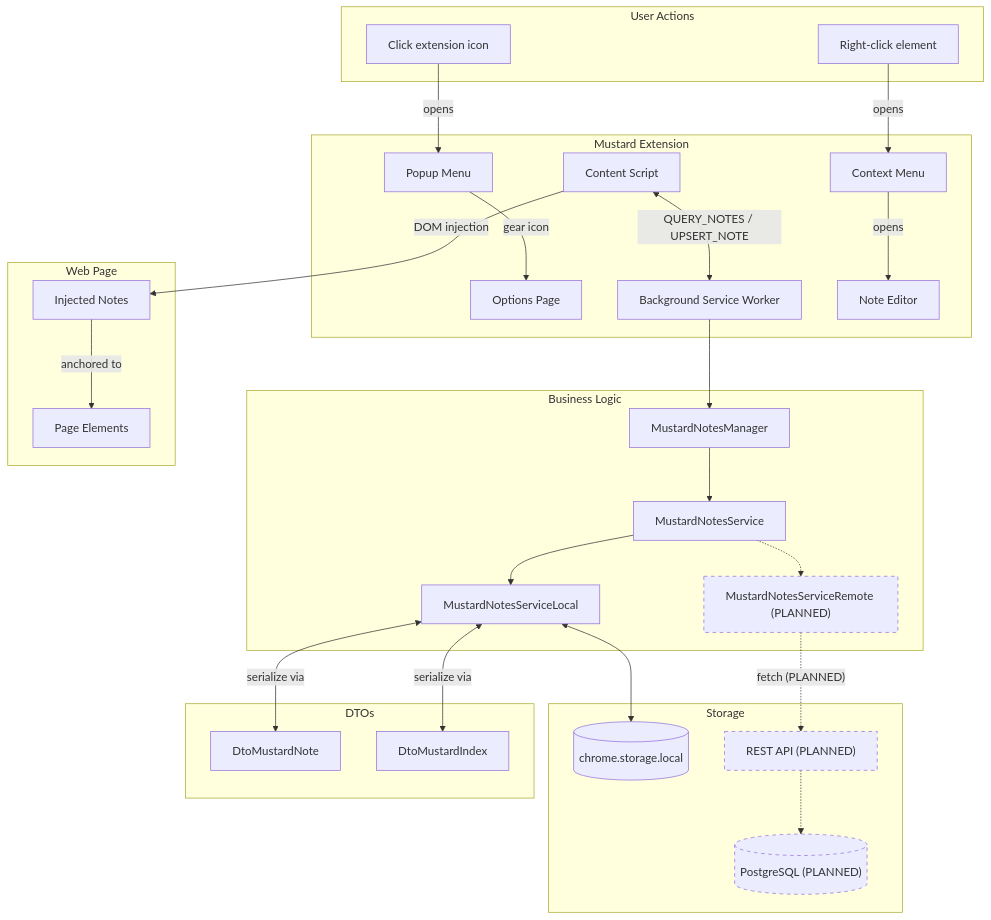
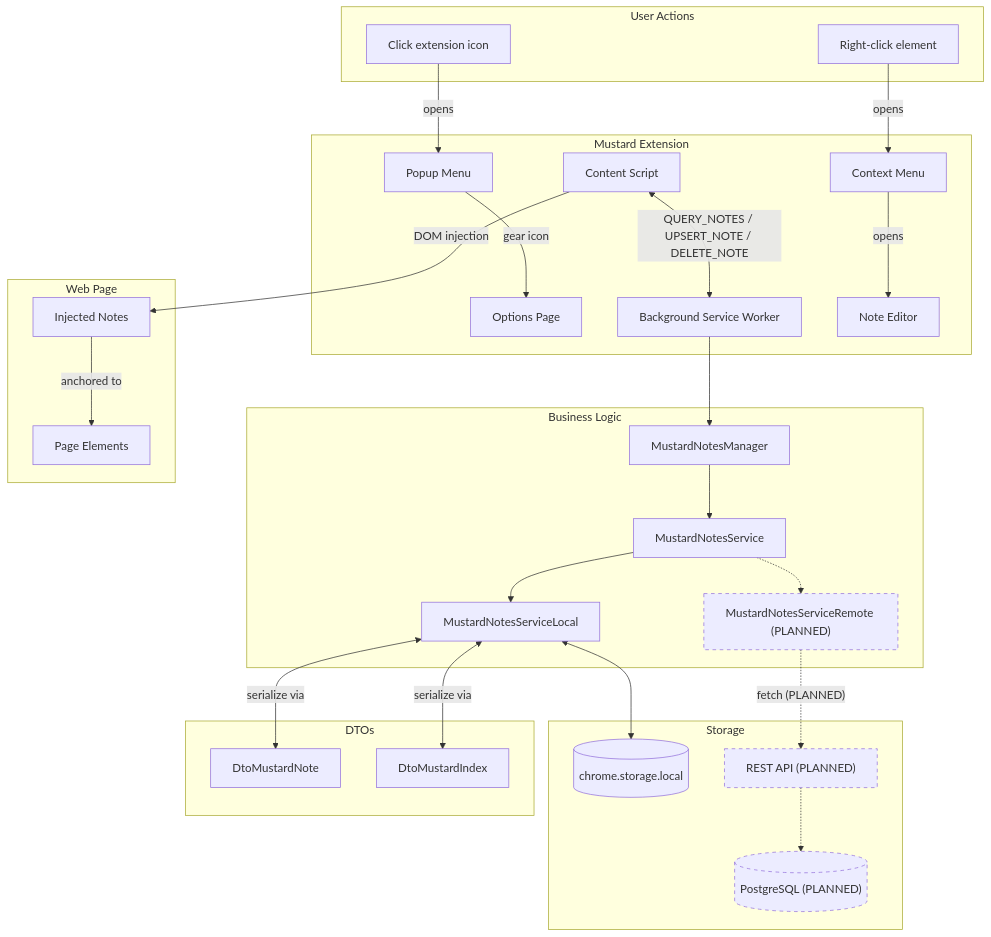
The diagram in PROGRESS.md (fettstorch/mustard), drawn with Mermaid before and after one commit. The commit also changed other lines of this file and 6 other files, not shown here.

First line of the commit message:
feat: delete notes with re-query pattern and clean DTO boundaries

````diff
--- a/PROGRESS.md
+++ b/PROGRESS.md
@@ -7,64 +7,64 @@
 ```mermaid
 flowchart TB
     subgraph User["User Actions"]
         Click["Click extension icon"]
         RightClick["Right-click element"]
     end
 
     subgraph Extension["Mustard Extension"]
         Popup["Popup Menu"]
         Options["Options Page"]
         BG["Background Service Worker"]
         CS["Content Script"]
         CtxMenu["Context Menu"]
         NoteEditor["Note Editor"]
     end
 
     subgraph Business["Business Logic"]
         Manager["MustardNotesManager"]
         ServiceInterface["MustardNotesService"]
         LocalService["MustardNotesServiceLocal"]
         RemoteService["MustardNotesServiceRemote (PLANNED)"]
     end
 
     subgraph Storage["Storage"]
         ChromeStorage[("chrome.storage.local")]
         API["REST API (PLANNED)"]
         DB[("PostgreSQL (PLANNED)")]
     end
 
     subgraph DTOs["DTOs"]
         DtoNote["DtoMustardNote"]
         DtoIndex["DtoMustardIndex"]
     end
 
     subgraph Page["Web Page"]
         Elements["Page Elements"]
         Notes["Injected Notes"]
     end
 
     Click -->|"opens"| Popup
     Popup -->|"gear icon"| Options
     RightClick -->|"opens"| CtxMenu
     CtxMenu -->|"opens"| NoteEditor
 
-    CS <-->|"QUERY_NOTES / UPSERT_NOTE"| BG
+    CS <-->|"QUERY_NOTES / UPSERT_NOTE / DELETE_NOTE"| BG
     BG --> Manager
     Manager --> ServiceInterface
     ServiceInterface --> LocalService
     ServiceInterface -.-> RemoteService
 
     LocalService <-->|"serialize via"| DtoNote
     LocalService <-->|"serialize via"| DtoIndex
     LocalService <--> ChromeStorage
 
     RemoteService -.->|"fetch (PLANNED)"| API
     API -.-> DB
 
     CS -->|"DOM injection"| Notes
     Notes -->|"anchored to"| Elements
 
     style RemoteService stroke-dasharray: 5 5
     style API stroke-dasharray: 5 5
     style DB stroke-dasharray: 5 5
 ```
````
